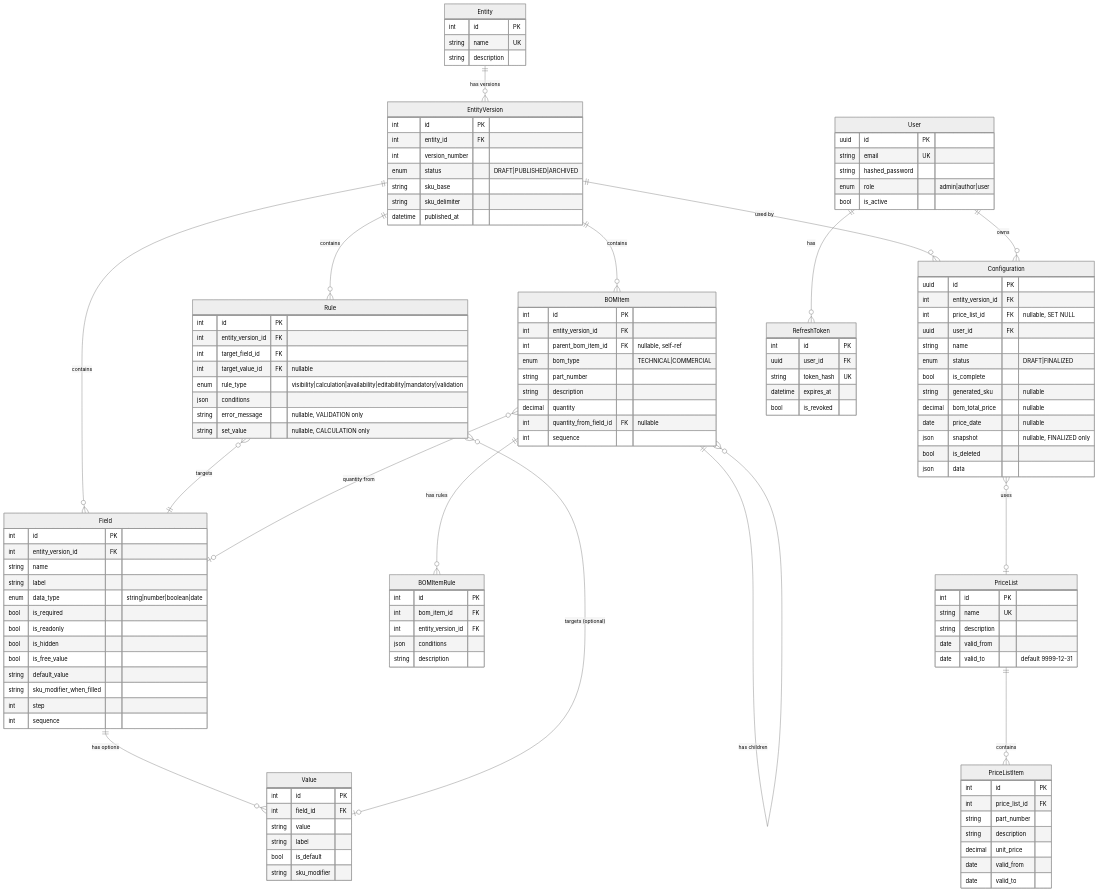
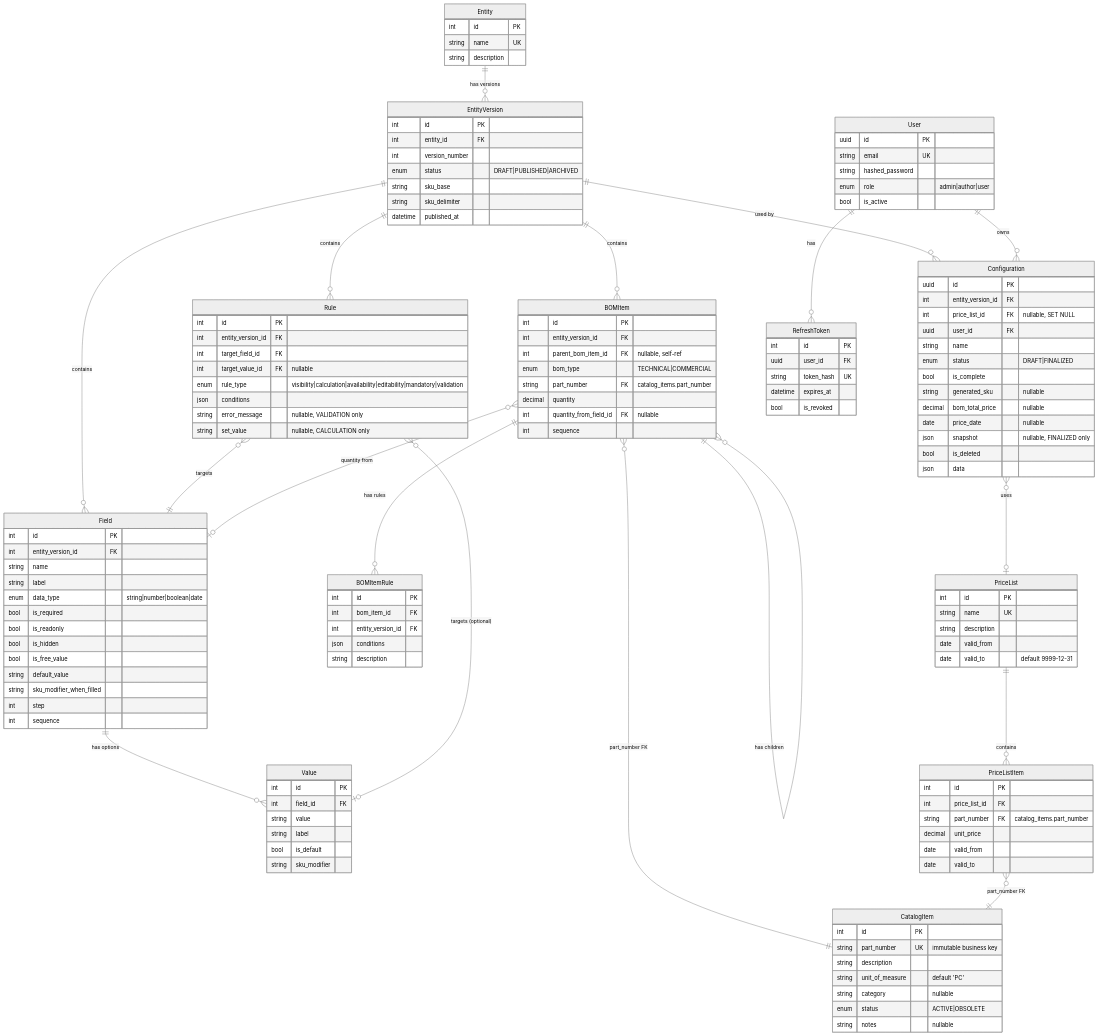
One commit to matteop3/rule_engine changed the first of 4 diagrams in README.md. Above: the diagram before and after it, drawn with Mermaid (neutral theme). The commit also changed other lines of this file and 38 other files, not shown here.

Commit message:
Added catalog item entity as part numbers master that links bom items and price list items.

```diff
--- a/README.md
+++ b/README.md
@@ -292,7 +301,9 @@
     BOMItem ||--o{ BOMItem : "has children"
     BOMItem ||--o{ BOMItemRule : "has rules"
     BOMItem }o--o| Field : "quantity from"
+    BOMItem }o--|| CatalogItem : "part_number FK"
     PriceList ||--o{ PriceListItem : "contains"
+    PriceListItem }o--|| CatalogItem : "part_number FK"
     Configuration }o--o| PriceList : "uses"
     User ||--o{ Configuration : "owns"
     User ||--o{ RefreshToken : "has"
@@ -354,11 +365,20 @@
         int entity_version_id FK
         int parent_bom_item_id FK "nullable, self-ref"
         enum bom_type "TECHNICAL|COMMERCIAL"
-        string part_number
-        string description
+        string part_number FK "catalog_items.part_number"
         decimal quantity
         int quantity_from_field_id FK "nullable"
         int sequence
+    }
+
+    CatalogItem {
+        int id PK
+        string part_number UK "immutable business key"
+        string description
+        string unit_of_measure "default 'PC'"
+        string category "nullable"
+        enum status "ACTIVE|OBSOLETE"
+        string notes "nullable"
     }
 
     PriceList {
@@ -372,8 +392,7 @@
     PriceListItem {
         int id PK
         int price_list_id FK
-        string part_number
-        string description
+        string part_number FK "catalog_items.part_number"
         decimal unit_price
         date valid_from
         date valid_to
```
